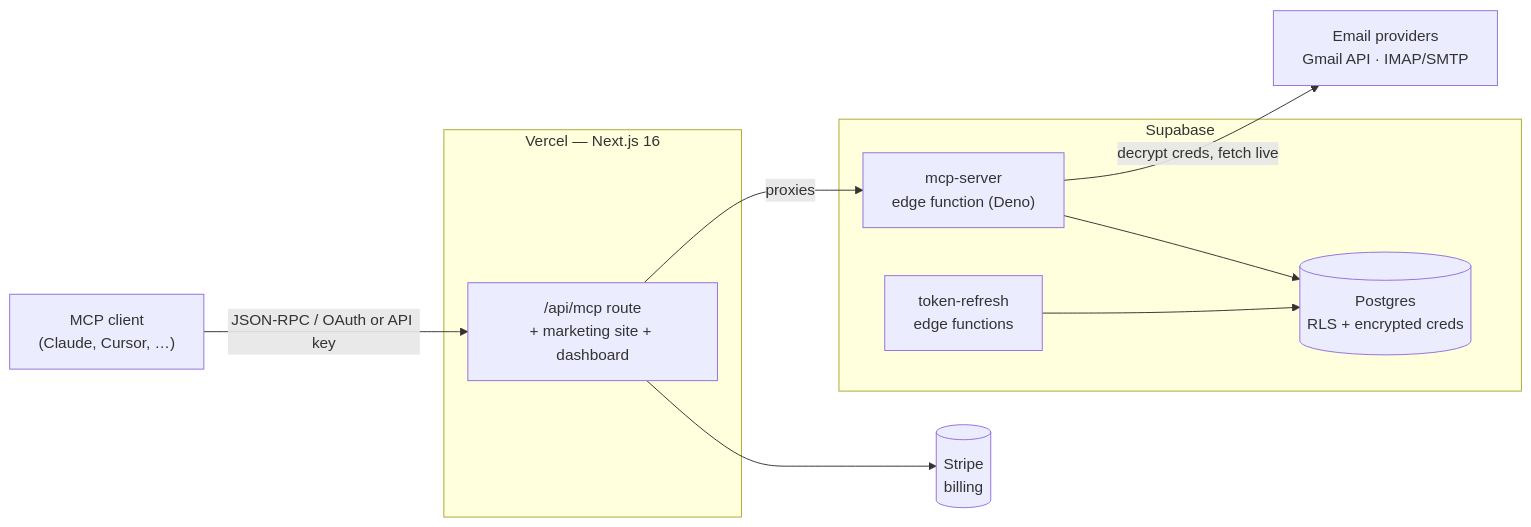
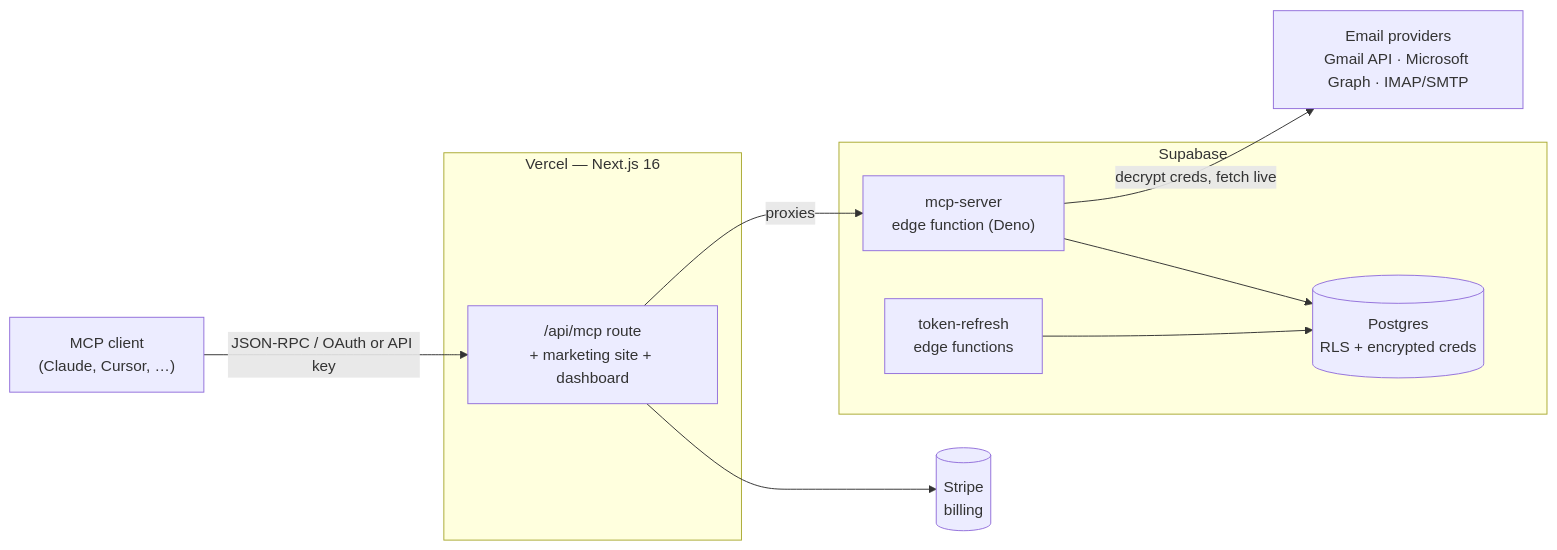
One commit to Albretsen/MCPEmails changed the diagram in README.md. Above: the diagram before and after it, drawn with Mermaid. The commit also changed other lines of this file and 235 other files, not shown here.

````diff
--- a/README.md
+++ b/README.md
@@ -192,20 +192,20 @@
 ```mermaid
 flowchart LR
     Agent["MCP client<br/>(Claude, Cursor, …)"] -->|"JSON-RPC / OAuth or API key"| Web
 
     subgraph Vercel["Vercel — Next.js 16"]
       Web["/api/mcp route<br/>+ marketing site + dashboard"]
     end
 
     subgraph Supabase
       Edge["mcp-server<br/>edge function (Deno)"]
       DB[("Postgres<br/>RLS + encrypted creds")]
       Cron["token-refresh<br/>edge functions"]
     end
 
     Web -->|proxies| Edge
-    Edge -->|decrypt creds, fetch live| Providers["Email providers<br/>Gmail API · IMAP/SMTP"]
+    Edge -->|decrypt creds, fetch live| Providers["Email providers<br/>Gmail API · Microsoft Graph · IMAP/SMTP"]
     Edge --> DB
     Cron --> DB
     Web --> Stripe[("Stripe<br/>billing")]
 ```
````
